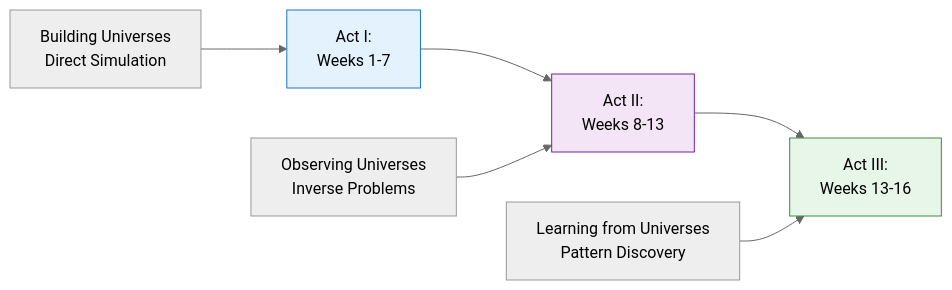
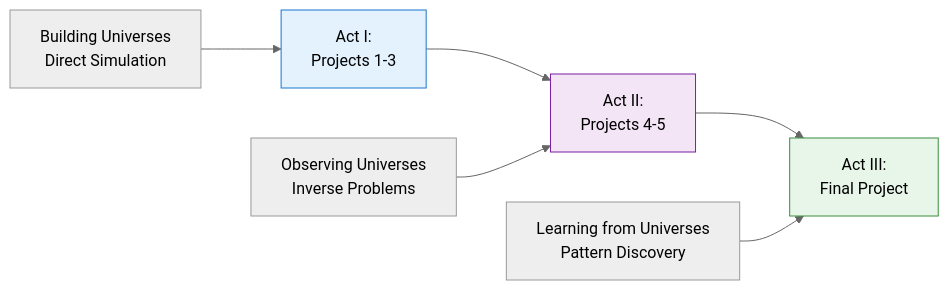
One commit to astrobytes-edu/astr596-modeling-universe changed the first of 2 diagrams in astr596-home.md. Above: the diagram before and after it, drawn with Mermaid (neutral theme).

Commit message:
minor update to homepage

````diff
--- a/astr596-home.md
+++ b/astr596-home.md
@@ -14,13 +14,13 @@
 ```{mermaid}
 flowchart LR
-    A["Act I:<br/>Weeks 1-7"] --> B["Act II:<br/>Weeks 8-13"]
-    B --> C["Act III:<br/>Weeks 13-16"]
+    A["Act I:<br/>Projects 1-3"] --> B["Act II:<br/>Projects 4-5"]
+    B --> C["Act III:<br/>Final Project"]
     
     A1["Building Universes<br/>Direct Simulation"] --> A
     B1["Observing Universes<br/>Inverse Problems"] --> B
     C1["Learning from Universes<br/>Pattern Discovery"] --> C
     
     style A fill:#e3f2fd,stroke:#1976d2
     style B fill:#f3e5f5,stroke:#7b1fa2
     style C fill:#e8f5e9,stroke:#388e3c
 ```
````
